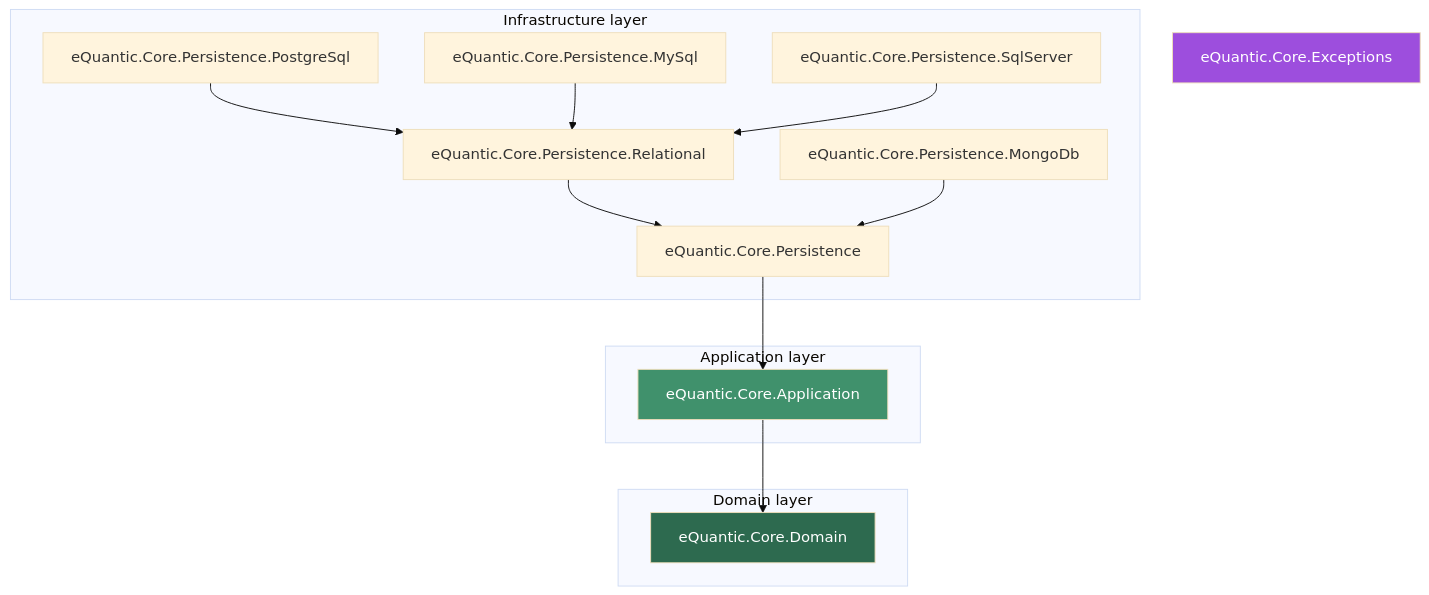
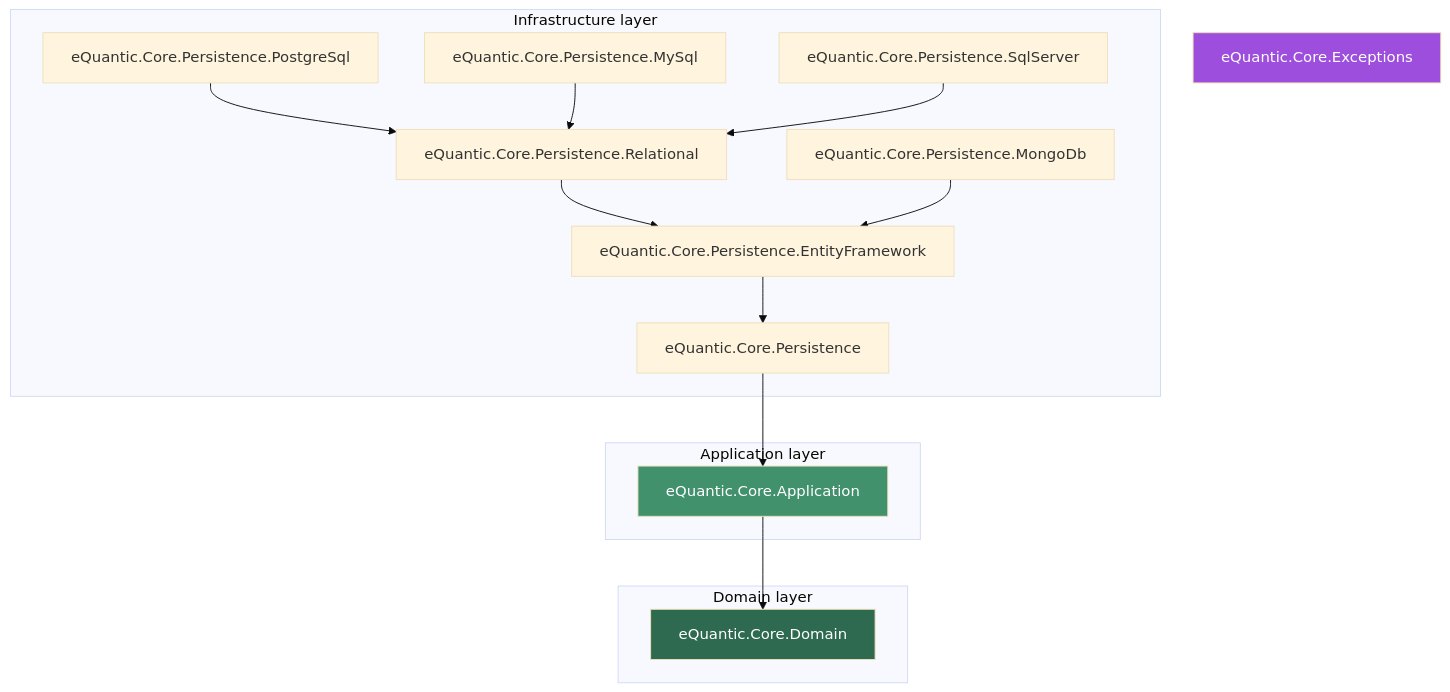
One commit to eQuantic/core-ddd changed the diagram in README.md. Above: the diagram before and after it, drawn with Mermaid (base theme). The commit also changed other lines of this file and 20 other files, not shown here.

First line of the commit message:
✨ feat!: the aggregate seam without Entity Framework, and Application without Lamar (#5)

````diff
--- a/README.md
+++ b/README.md
@@ -72,30 +74,32 @@
 ```mermaid
 graph TD
     subgraph Domain layer
         D[eQuantic.Core.Domain]
     end
     subgraph Application layer
         A[eQuantic.Core.Application]
     end
     subgraph Infrastructure layer
         P[eQuantic.Core.Persistence]
+        EF[eQuantic.Core.Persistence.EntityFramework]
         R[eQuantic.Core.Persistence.Relational]
         PG[eQuantic.Core.Persistence.PostgreSql]
         MY[eQuantic.Core.Persistence.MySql]
         MS[eQuantic.Core.Persistence.SqlServer]
         MG[eQuantic.Core.Persistence.MongoDb]
     end
     X[eQuantic.Core.Exceptions]
 
     A --> D
     P --> A
-    R --> P
+    EF --> P
+    R --> EF
     PG --> R
     MY --> R
     MS --> R
-    MG --> P
+    MG --> EF
 
     style D fill:#2d6a4f,color:#fff
     style A fill:#40916c,color:#fff
     style X fill:#9d4edd,color:#fff
 ```
````
